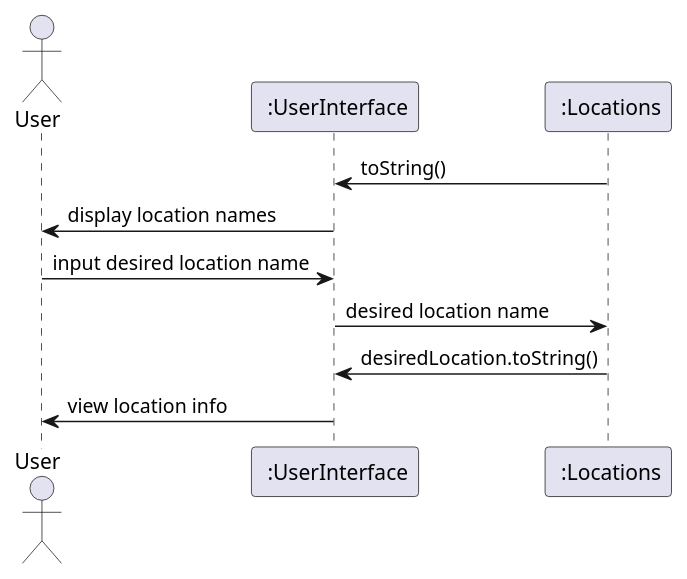
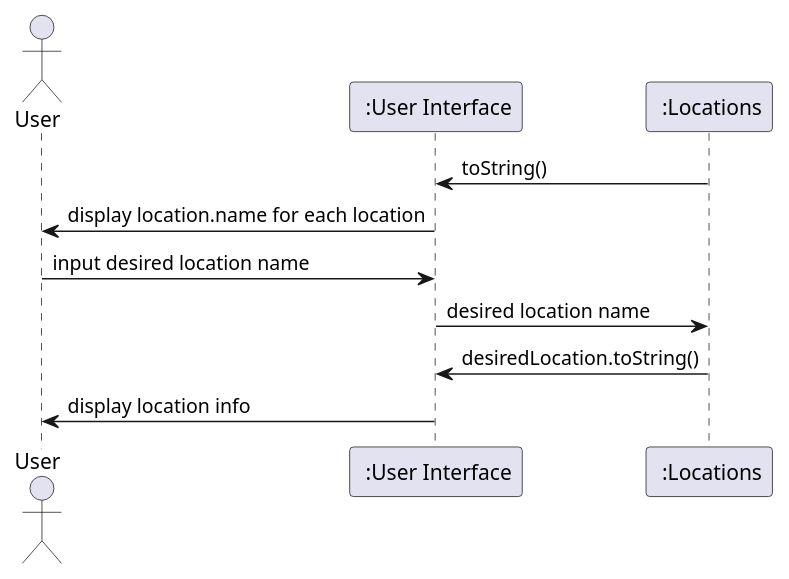
One commit to manoushpajouh/Vassar-Crowdmeter changed the third of 4 diagrams in intellij/documentation/design.md. Above: the diagram before and after it, drawn with PlantUML. The commit also changed other lines of this file, not shown here.

Commit message:
updated   sequence diagrams to have more similar language

````diff
--- a/intellij/documentation/design.md
+++ b/intellij/documentation/design.md
@@ -125,12 +125,12 @@
 ```plantuml
 actor User as user
-participant " :UserInterface" as ui
+participant " :User Interface" as ui
 participant " :Locations"  as locations
 locations -> ui: toString()
-ui -> user: display location names
+ui -> user: display location.name for each location
 user -> ui: input desired location name
 ui -> locations: desired location name
 locations -> ui: desiredLocation.toString()
-ui -> user: view location info
+ui -> user: display location info
 @enduml
 ```
````
